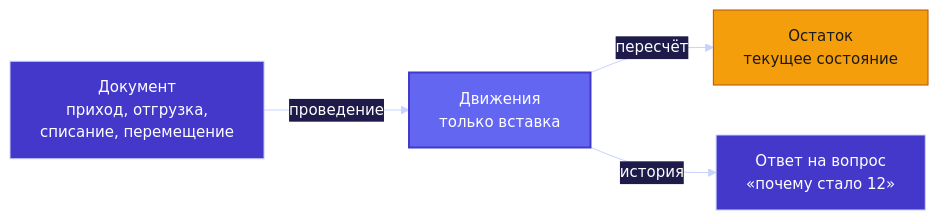
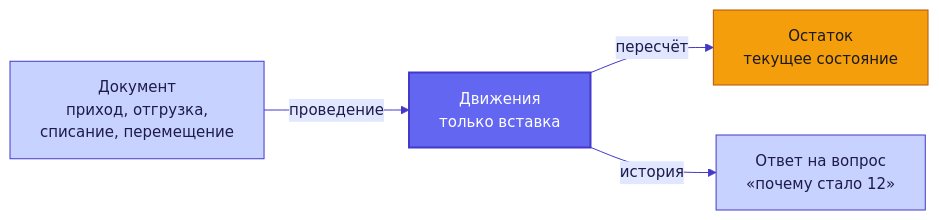
Before and after one commit to Shohruh1997/inventory-accounting-notes: the first of 2 diagrams in README.md, drawn with Mermaid. The commit also changed other lines of this file, not shown here.

Commit message:
Диаграммы: светлые блоки с тёмным текстом — читаемость не зависит от темы GitHub

````diff
--- a/README.md
+++ b/README.md
@@ -34,10 +34,10 @@
 ```mermaid
-%%{init: {'theme':'base','themeVariables':{'fontFamily':'ui-sans-serif,-apple-system,BlinkMacSystemFont,Segoe UI,Roboto,Helvetica,Arial,sans-serif','fontSize':'15px','primaryColor':'#4338ca','primaryTextColor':'#ffffff','primaryBorderColor':'#c7d2fe','secondaryColor':'#6d28d9','tertiaryColor':'#312e81','lineColor':'#c7d2fe','textColor':'#ffffff','mainBkg':'#4338ca','nodeBorder':'#c7d2fe','nodeTextColor':'#ffffff','edgeLabelBackground':'#1e1b4b','attributeBackgroundColorOdd':'#4338ca','attributeBackgroundColorEven':'#4f46e5','noteBkgColor':'#fbbf24','noteTextColor':'#1a1a1a','noteBorderColor':'#b45309','clusterBkg':'#1e1b4b','clusterBorder':'#c7d2fe','labelBoxBkgColor':'#4338ca','labelBoxBorderColor':'#c7d2fe','labelTextColor':'#ffffff','actorBkg':'#4338ca','actorBorder':'#c7d2fe','actorTextColor':'#ffffff','actorLineColor':'#c7d2fe','signalColor':'#c7d2fe','signalTextColor':'#ffffff','sequenceNumberColor':'#1a1a1a','activationBkgColor':'#6d28d9','activationBorderColor':'#c7d2fe','transitionColor':'#c7d2fe','transitionLabelColor':'#ffffff','stateBkg':'#4338ca','stateLabelColor':'#ffffff','altBackground':'#312e81','compositeBackground':'#1e1b4b','compositeBorder':'#c7d2fe','compositeTitleBackground':'#312e81','specialStateColor':'#c7d2fe','innerEndBackground':'#c7d2fe','cScale0':'#4338ca'}}}%%
+%%{init: {'theme':'base','themeVariables':{'fontFamily':'ui-sans-serif,-apple-system,BlinkMacSystemFont,Segoe UI,Roboto,Helvetica,Arial,sans-serif','fontSize':'15px','textColor':'#1e1b4b','lineColor':'#4338ca','primaryColor':'#e0e7ff','primaryTextColor':'#1e1b4b','primaryBorderColor':'#4338ca','secondaryColor':'#ede9fe','tertiaryColor':'#f5f3ff','mainBkg':'#c7d2fe','nodeBorder':'#4338ca','nodeTextColor':'#1e1b4b','edgeLabelBackground':'#e0e7ff','attributeBackgroundColorOdd':'#eef2ff','attributeBackgroundColorEven':'#e0e7ff','noteBkgColor':'#fef3c7','noteTextColor':'#1a1a1a','noteBorderColor':'#b45309','clusterBkg':'#f5f3ff','clusterBorder':'#4338ca','labelBoxBkgColor':'#e0e7ff','labelBoxBorderColor':'#4338ca','labelTextColor':'#1e1b4b','actorBkg':'#c7d2fe','actorBorder':'#4338ca','actorTextColor':'#1e1b4b','actorLineColor':'#4338ca','signalColor':'#4338ca','signalTextColor':'#1e1b4b','sequenceNumberColor':'#ffffff','activationBkgColor':'#ddd6fe','activationBorderColor':'#4338ca','transitionColor':'#4338ca','transitionLabelColor':'#1e1b4b','stateBkg':'#c7d2fe','stateLabelColor':'#1e1b4b','altBackground':'#f5f3ff','compositeBackground':'#f5f3ff','compositeBorder':'#4338ca','compositeTitleBackground':'#e0e7ff','specialStateColor':'#4338ca','innerEndBackground':'#4338ca'}}}%%
 flowchart LR
     D[Документ<br/>приход, отгрузка,<br/>списание, перемещение] -->|проведение| M[Движения<br/>только вставка]
     M -->|пересчёт| B[Остаток<br/>текущее состояние]
     M -->|история| Q[Ответ на вопрос<br/>«почему стало 12»]
 
     style M fill:#6366f1,stroke:#4338ca,stroke-width:2px,color:#ffffff
     style B fill:#f59e0b,stroke:#b45309,color:#1a1a1a
 ```
````
